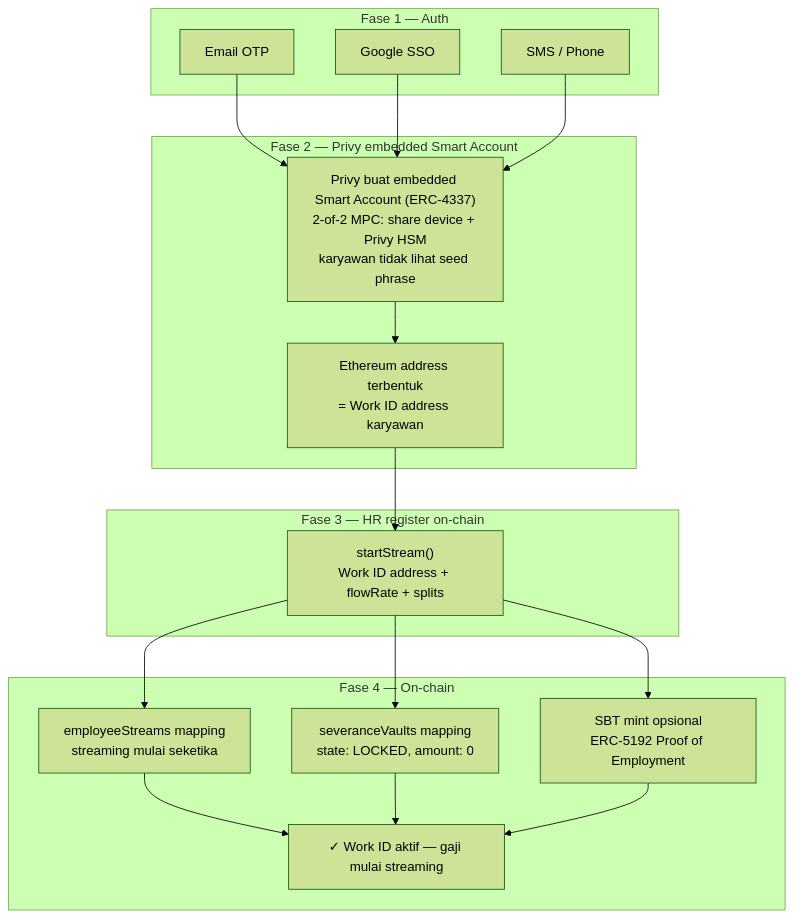
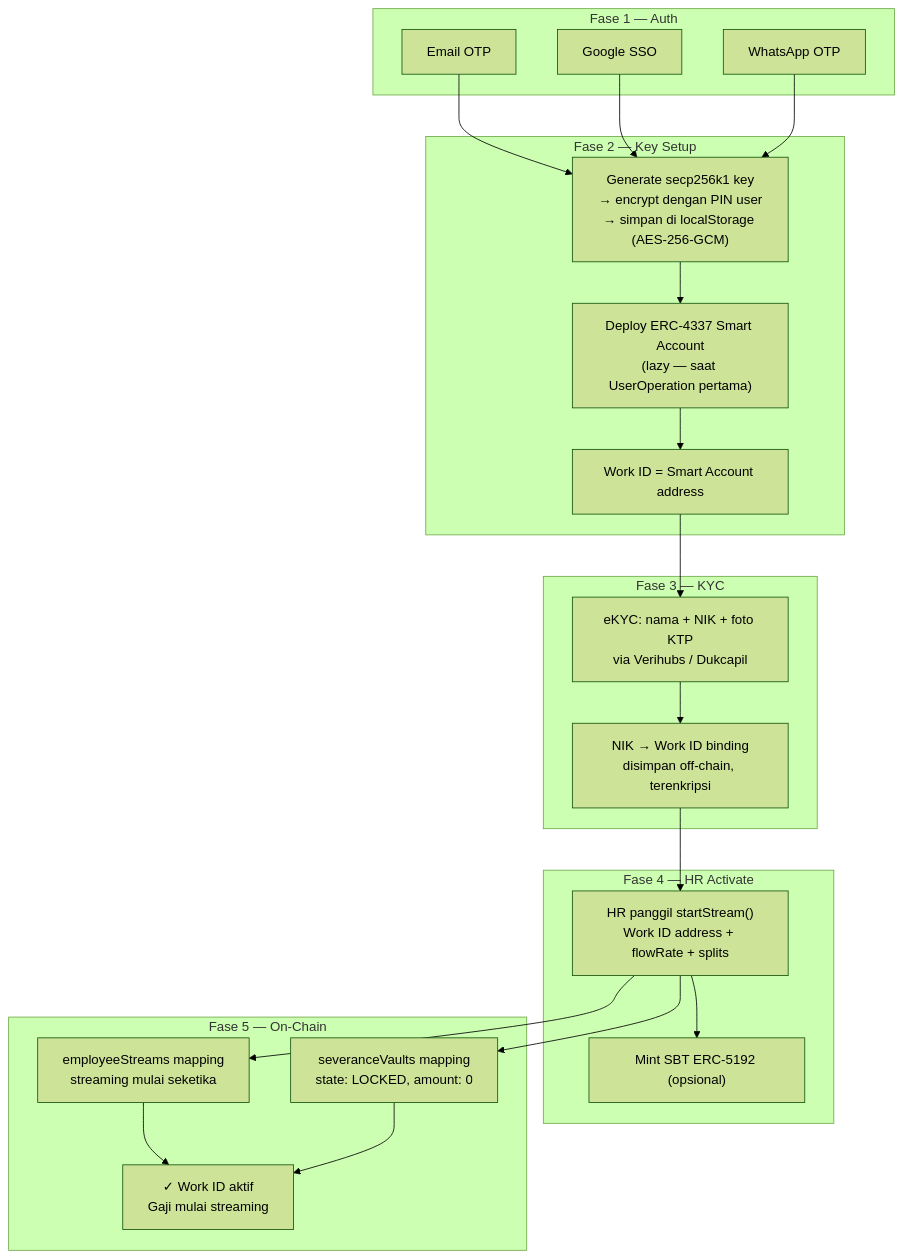
The diagram in functional-requirements/module-b-work-id.md (skripsi-payroll-dapp/docs), drawn with Mermaid (forest theme) before and after one commit. The commit also changed other lines of this file and 12 other files, not shown here.

````diff
--- a/functional-requirements/module-b-work-id.md
+++ b/functional-requirements/module-b-work-id.md
@@ -82,22 +364,29 @@
 ```mermaid
 flowchart TD
   subgraph F1["Fase 1 — Auth"]
     L1["Email OTP"]
     L2["Google SSO"]
-    L3["SMS / Phone"]
+    L3["WhatsApp OTP"]
   end
-  subgraph F2["Fase 2 — Privy embedded Smart Account"]
-    P["Privy buat embedded Smart Account (ERC-4337)\n2-of-2 MPC: share device + Privy HSM\nkaryawan tidak lihat seed phrase"]
-    PK["Ethereum address terbentuk\n= Work ID address karyawan"]
+  subgraph F2["Fase 2 — Key Setup"]
+    K["Generate secp256k1 key\n→ encrypt dengan PIN user\n→ simpan di localStorage (AES-256-GCM)"]
+    SA["Deploy ERC-4337 Smart Account\n(lazy — saat UserOperation pertama)"]
+    WID["Work ID = Smart Account address"]
   end
-  subgraph F3["Fase 3 — HR register on-chain"]
-    R["startStream()\nWork ID address + flowRate + splits"]
+  subgraph F3["Fase 3 — KYC"]
+    KYC["eKYC: nama + NIK + foto KTP\nvia Verihubs / Dukcapil"]
+    BIND["NIK → Work ID binding\ndisimpan off-chain, terenkripsi"]
   end
-  subgraph F4["Fase 4 — On-chain"]
+  subgraph F4["Fase 4 — HR Activate"]
+    R["HR panggil startStream()\nWork ID address + flowRate + splits"]
+    SBT["Mint SBT ERC-5192 (opsional)"]
+  end
+  subgraph F5["Fase 5 — On-Chain"]
     ES["employeeStreams mapping\nstreaming mulai seketika"]
     SV["severanceVaults mapping\nstate: LOCKED, amount: 0"]
-    SBT["SBT mint opsional\nERC-5192 Proof of Employment"]
-    DONE["✓ Work ID aktif — gaji mulai streaming"]
+    DONE["✓ Work ID aktif\nGaji mulai streaming"]
   end
-  L1 & L2 & L3 --> P --> PK --> R --> ES & SV & SBT --> DONE
+  L1 & L2 & L3 --> K --> SA --> WID
+  WID --> KYC --> BIND --> R --> SBT
+  R --> ES & SV --> DONE
 ```
````
